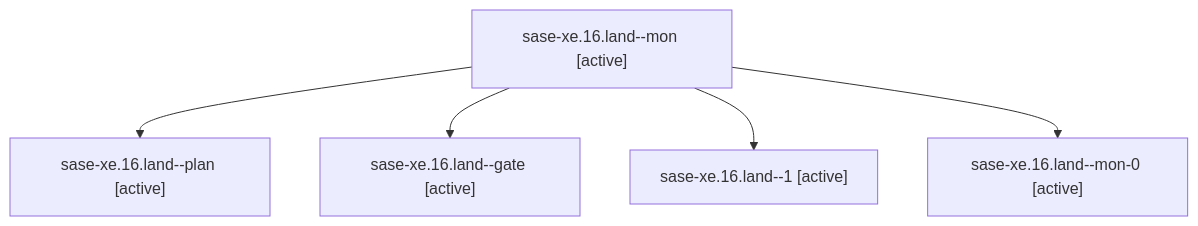
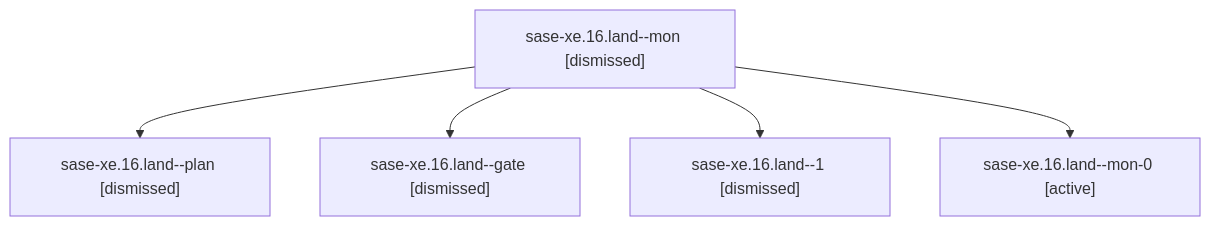
One commit to sase-org/sase--agents changed the diagram in sessions/bbugyi200.athena.sase-xe.16.land.md. Above: the diagram before and after it, drawn with Mermaid. The commit also changed other lines of this file and 277 other files, not shown here.

````diff
--- a/sessions/bbugyi200.athena.sase-xe.16.land.md
+++ b/sessions/bbugyi200.athena.sase-xe.16.land.md
@@ -9,12 +9,12 @@
 ```mermaid
 flowchart TD
-  n0["sase-xe.16.land--mon [active]"]
-  n1["sase-xe.16.land--plan [active]"]
+  n0["sase-xe.16.land--mon [dismissed]"]
+  n1["sase-xe.16.land--plan [dismissed]"]
   n0 --> n1
-  n2["sase-xe.16.land--gate [active]"]
+  n2["sase-xe.16.land--gate [dismissed]"]
   n0 --> n2
-  n3["sase-xe.16.land--1 [active]"]
+  n3["sase-xe.16.land--1 [dismissed]"]
   n0 --> n3
   n4["sase-xe.16.land--mon-0 [active]"]
   n0 --> n4
 ```
````
